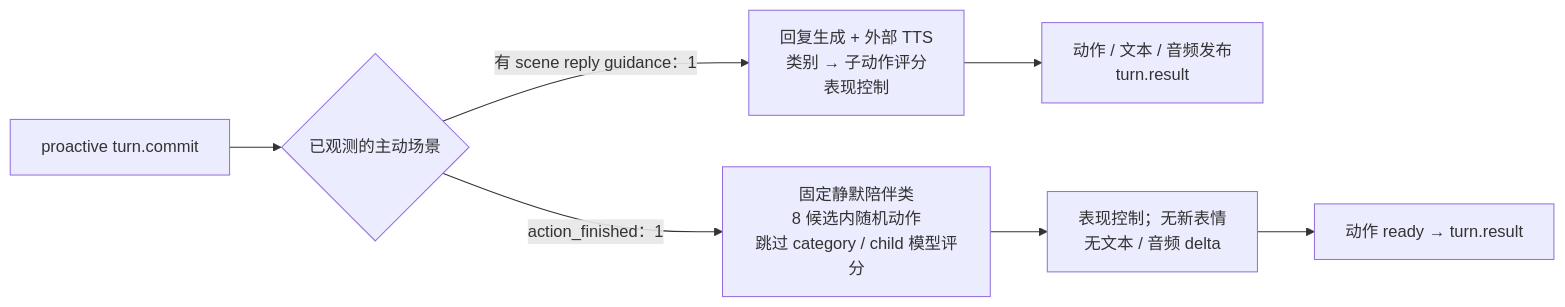
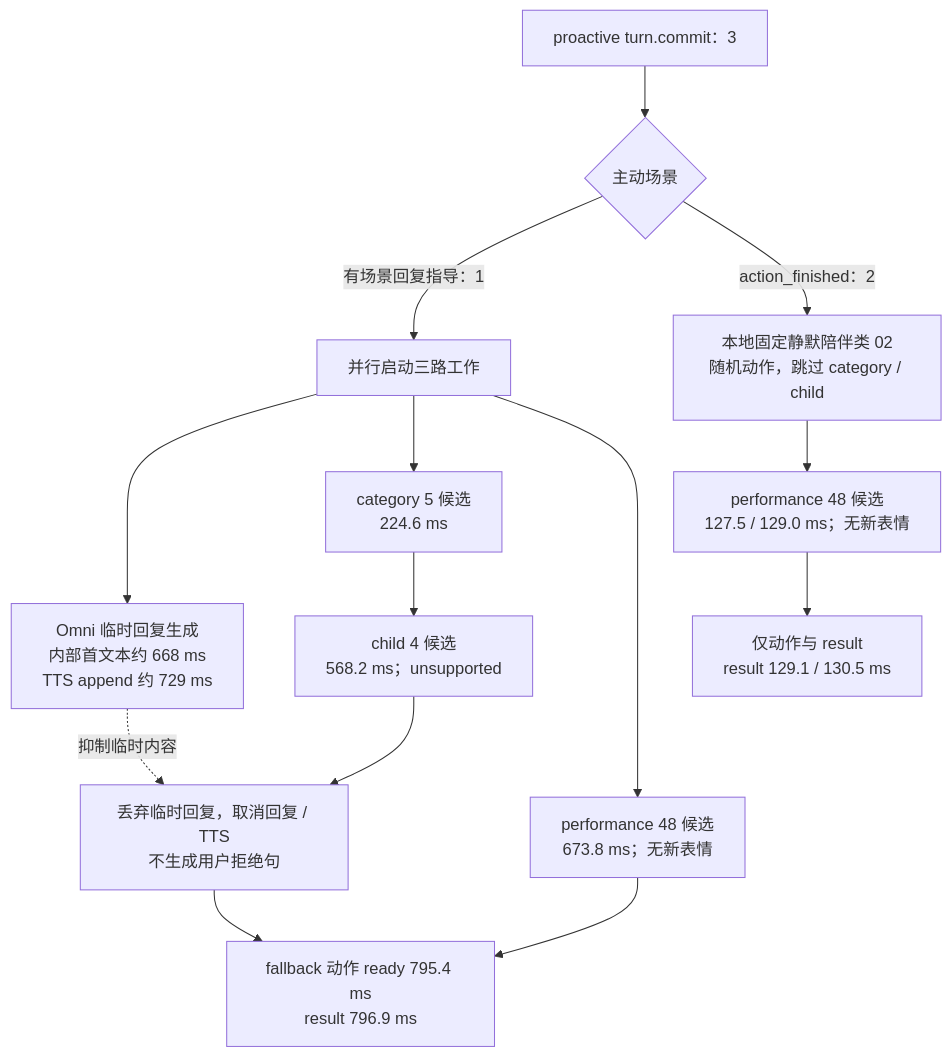
The third of 3 diagrams in docs/developer_reference/action_inference/current_turn_pipeline_observed_20260917_CN.md (Framex-alg-dev/sglang-omni), drawn with Mermaid before and after one commit. The commit also changed other lines of this file, not shown here.

````diff
--- a/docs/developer_reference/action_inference/current_turn_pipeline_observed_20260917_CN.md
+++ b/docs/developer_reference/action_inference/current_turn_pipeline_observed_20260917_CN.md
@@ -396,9 +466,17 @@
 ```mermaid
-flowchart LR
-    P["proactive turn.commit"] --> K{"已观测的主动场景"}
-    K -->|"有 scene reply guidance：1"| BOTH["回复生成 + 外部 TTS<br/>类别 → 子动作评分<br/>表现控制"]
-    BOTH --> O["动作 / 文本 / 音频发布<br/>turn.result"]
-    K -->|"action_finished：1"| SILENT["固定静默陪伴类<br/>8 候选内随机动作<br/>跳过 category / child 模型评分"]
-    SILENT --> PERF["表现控制；无新表情<br/>无文本 / 音频 delta"]
-    PERF --> DONE["动作 ready → turn.result"]
+flowchart TD
+    P["proactive turn.commit：3"] --> K{"主动场景"}
+    K -->|"有场景回复指导：1"| PAR["并行启动三路工作"]
+    PAR --> REPLY["Omni 临时回复生成<br/>内部首文本约 668 ms<br/>TTS append 约 729 ms"]
+    PAR --> CAT["category 5 候选<br/>224.6 ms"]
+    CAT --> CHILD["child 4 候选<br/>568.2 ms；unsupported"]
+    PAR --> PERF1["performance 48 候选<br/>673.8 ms；无新表情"]
+    CHILD --> DISCARD["丢弃临时回复，取消回复 / TTS<br/>不生成用户拒绝句"]
+    REPLY -. "抑制临时内容" .-> DISCARD
+    PERF1 --> OUT1["fallback 动作 ready 795.4 ms<br/>result 796.9 ms"]
+    DISCARD --> OUT1
+
+    K -->|"action_finished：2"| SILENT["本地固定静默陪伴类 02<br/>随机动作，跳过 category / child"]
+    SILENT --> PERF2["performance 48 候选<br/>127.5 / 129.0 ms；无新表情"]
+    PERF2 --> OUT2["仅动作与 result<br/>result 129.1 / 130.5 ms"]
 ```
````
